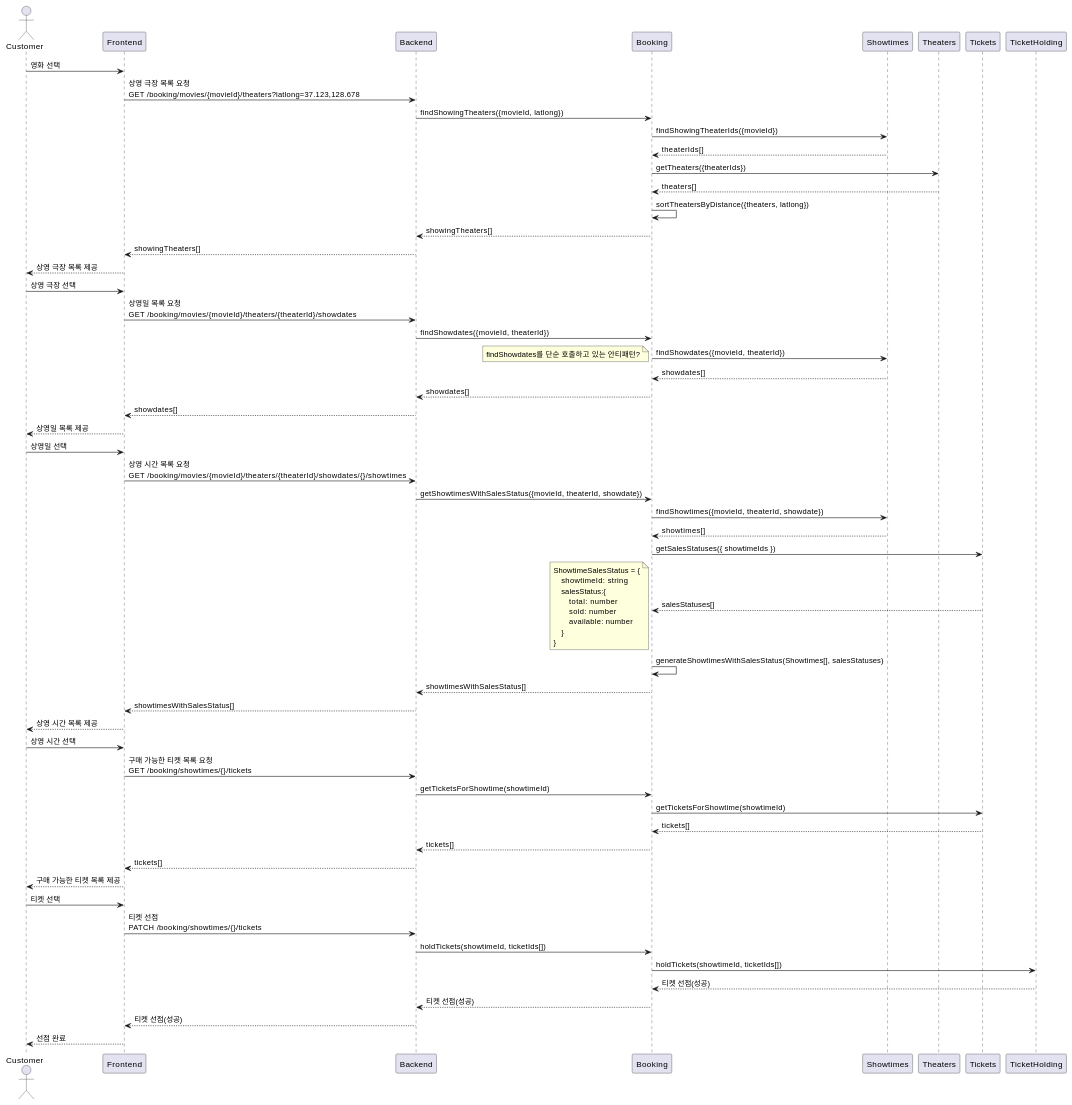
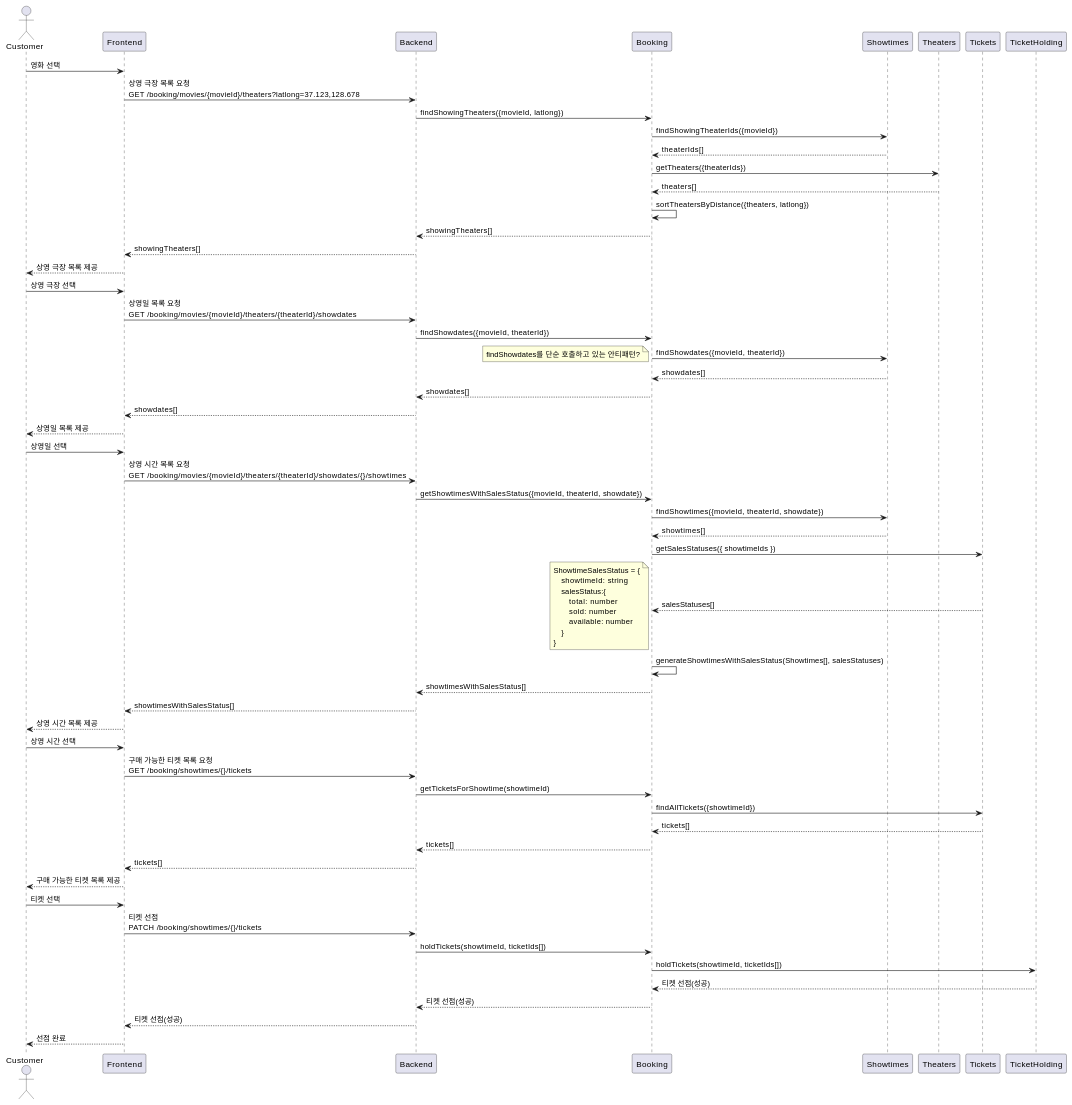
One commit to mannercode/nest-seed changed the second of 3 diagrams in docs/tickets-purchase.md. Above: the diagram before and after it, drawn with PlantUML. The commit also changed other lines of this file, not shown here.

````diff
--- a/docs/tickets-purchase.md
+++ b/docs/tickets-purchase.md
@@ -101,69 +101,69 @@
 ```plantuml
 @startuml
 actor Customer
 
 Customer -> Frontend : 영화 선택
     Frontend -> Backend : 상영 극장 목록 요청\nGET /booking/movies/{movieId}/theaters?latlong=37.123,128.678
-            Backend -> Booking: findShowingTheaters({movieId, latlong})
-                Booking -> Showtimes: findShowingTheaterIds({movieId})
-                Booking <-- Showtimes: theaterIds[]
-                Booking -> Theaters: getTheaters({theaterIds})
-                Booking <-- Theaters: theaters[]
-                Booking -> Booking: sortTheatersByDistance({theaters, latlong})
-            Backend <-- Booking: showingTheaters[]
+        Backend -> Booking: findShowingTheaters({movieId, latlong})
+            Booking -> Showtimes: findShowingTheaterIds({movieId})
+            Booking <-- Showtimes: theaterIds[]
+            Booking -> Theaters: getTheaters({theaterIds})
+            Booking <-- Theaters: theaters[]
+            Booking -> Booking: sortTheatersByDistance({theaters, latlong})
+        Backend <-- Booking: showingTheaters[]
     Frontend <-- Backend : showingTheaters[]
 Customer <-- Frontend : 상영 극장 목록 제공
 
 Customer -> Frontend : 상영 극장 선택
     Frontend -> Backend : 상영일 목록 요청\nGET /booking/movies/{movieId}/theaters/{theaterId}/showdates
         Backend -> Booking: findShowdates({movieId, theaterId})
             Booking -> Showtimes: findShowdates({movieId, theaterId})
                 note left
                 findShowdates를 단순 호출하고 있는 안티패턴?
                 end note
             Booking <-- Showtimes: showdates[]
         Backend <-- Booking: showdates[]
     Frontend <-- Backend : showdates[]
 Customer <-- Frontend : 상영일 목록 제공
 
 Customer -> Frontend : 상영일 선택
     Frontend -> Backend : 상영 시간 목록 요청\nGET /booking/movies/{movieId}/theaters/{theaterId}/showdates/{}/showtimes
         Backend -> Booking: getShowtimesWithSalesStatus({movieId, theaterId, showdate})
             Booking -> Showtimes: findShowtimes({movieId, theaterId, showdate})
             Booking <-- Showtimes: showtimes[]
             Booking -> Tickets: getSalesStatuses({ showtimeIds })
             Booking <-- Tickets: salesStatuses[]
             note left
             ShowtimeSalesStatus = {
                 showtimeId: string
                 salesStatus:{
                     total: number
                     sold: number
                     available: number
                 }
             }
             end note
             Booking -> Booking: generateShowtimesWithSalesStatus(Showtimes[], salesStatuses)
         Backend <-- Booking: showtimesWithSalesStatus[]
     Frontend <-- Backend : showtimesWithSalesStatus[]
 Customer <-- Frontend : 상영 시간 목록 제공
 
 Customer -> Frontend : 상영 시간 선택
     Frontend -> Backend : 구매 가능한 티켓 목록 요청\nGET /booking/showtimes/{}/tickets
         Backend -> Booking : getTicketsForShowtime(showtimeId)
-            Booking -> Tickets : getTicketsForShowtime(showtimeId)
+            Booking -> Tickets : findAllTickets({showtimeId})
             Booking <-- Tickets : tickets[]
         Backend <-- Booking: tickets[]
     Frontend <-- Backend : tickets[]
 Customer <-- Frontend : 구매 가능한 티켓 목록 제공
 
 Customer -> Frontend: 티켓 선택
     Frontend -> Backend: 티켓 선점\nPATCH /booking/showtimes/{}/tickets
         Backend -> Booking : holdTickets(showtimeId, ticketIds[])
             Booking -> TicketHolding : holdTickets(showtimeId, ticketIds[])
             Booking <-- TicketHolding : 티켓 선점(성공)
         Backend <-- Booking: 티켓 선점(성공)
     Frontend <-- Backend: 티켓 선점(성공)
 Customer <-- Frontend: 선점 완료
 @enduml
 ```
````
